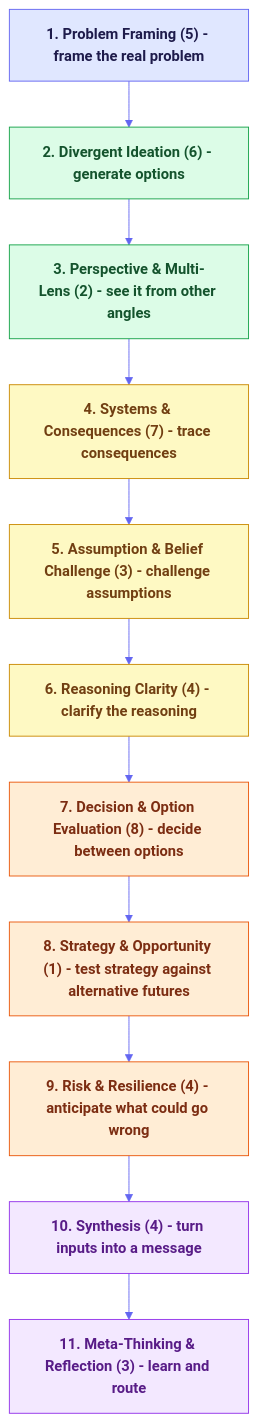
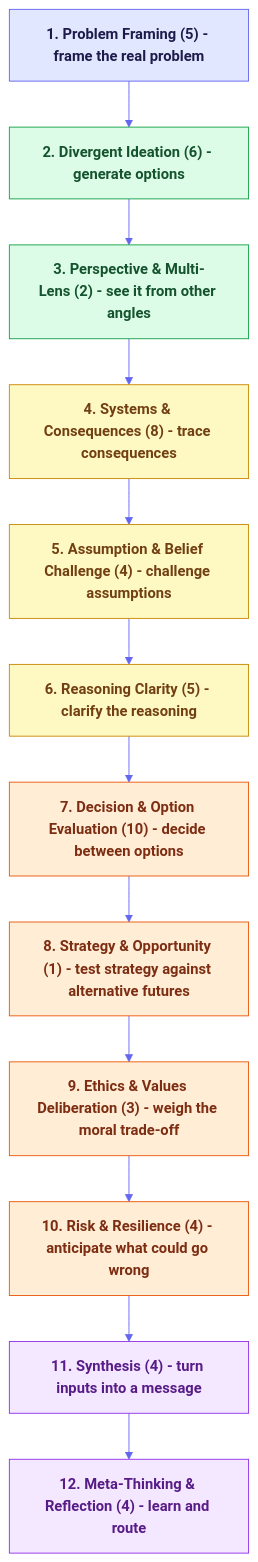
The first of 2 diagrams in README.md (product-on-purpose/thinking-framework-skills), drawn with Mermaid before and after one commit. The commit also changed other lines of this file and 67 other files, not shown here.

````diff
--- a/README.md
+++ b/README.md
@@ -129,23 +129,24 @@
 ```mermaid
 %%{init: {'theme':'base','themeVariables':{'primaryColor':'#eef2ff','primaryBorderColor':'#c7d2fe','lineColor':'#6366f1','fontFamily':'system-ui, sans-serif'}}}%%
 flowchart TB
     classDef frame fill:#e0e7ff,stroke:#6366f1,color:#1e1b4b,font-weight:bold
     classDef gen fill:#dcfce7,stroke:#16a34a,color:#14532d,font-weight:bold
     classDef analyze fill:#fef9c3,stroke:#ca8a04,color:#713f12,font-weight:bold
     classDef decide fill:#ffedd5,stroke:#ea580c,color:#7c2d12,font-weight:bold
     classDef reflect fill:#f3e8ff,stroke:#9333ea,color:#581c87,font-weight:bold
 
     PF["1. Problem Framing (5) - frame the real problem"]:::frame
     DI["2. Divergent Ideation (6) - generate options"]:::gen
     PM["3. Perspective & Multi-Lens (2) - see it from other angles"]:::gen
-    SC["4. Systems & Consequences (7) - trace consequences"]:::analyze
-    AB["5. Assumption & Belief Challenge (3) - challenge assumptions"]:::analyze
-    RC["6. Reasoning Clarity (4) - clarify the reasoning"]:::analyze
-    DO["7. Decision & Option Evaluation (8) - decide between options"]:::decide
+    SC["4. Systems & Consequences (8) - trace consequences"]:::analyze
+    AB["5. Assumption & Belief Challenge (4) - challenge assumptions"]:::analyze
+    RC["6. Reasoning Clarity (5) - clarify the reasoning"]:::analyze
+    DO["7. Decision & Option Evaluation (10) - decide between options"]:::decide
     SO["8. Strategy & Opportunity (1) - test strategy against alternative futures"]:::decide
-    RR["9. Risk & Resilience (4) - anticipate what could go wrong"]:::decide
-    SY["10. Synthesis (4) - turn inputs into a message"]:::reflect
-    MR["11. Meta-Thinking & Reflection (3) - learn and route"]:::reflect
+    EV["9. Ethics & Values Deliberation (3) - weigh the moral trade-off"]:::decide
+    RR["10. Risk & Resilience (4) - anticipate what could go wrong"]:::decide
+    SY["11. Synthesis (4) - turn inputs into a message"]:::reflect
+    MR["12. Meta-Thinking & Reflection (4) - learn and route"]:::reflect
 
-    PF --> DI --> PM --> SC --> AB --> RC --> DO --> SO --> RR --> SY --> MR
+    PF --> DI --> PM --> SC --> AB --> RC --> DO --> SO --> EV --> RR --> SY --> MR
 ```
````
